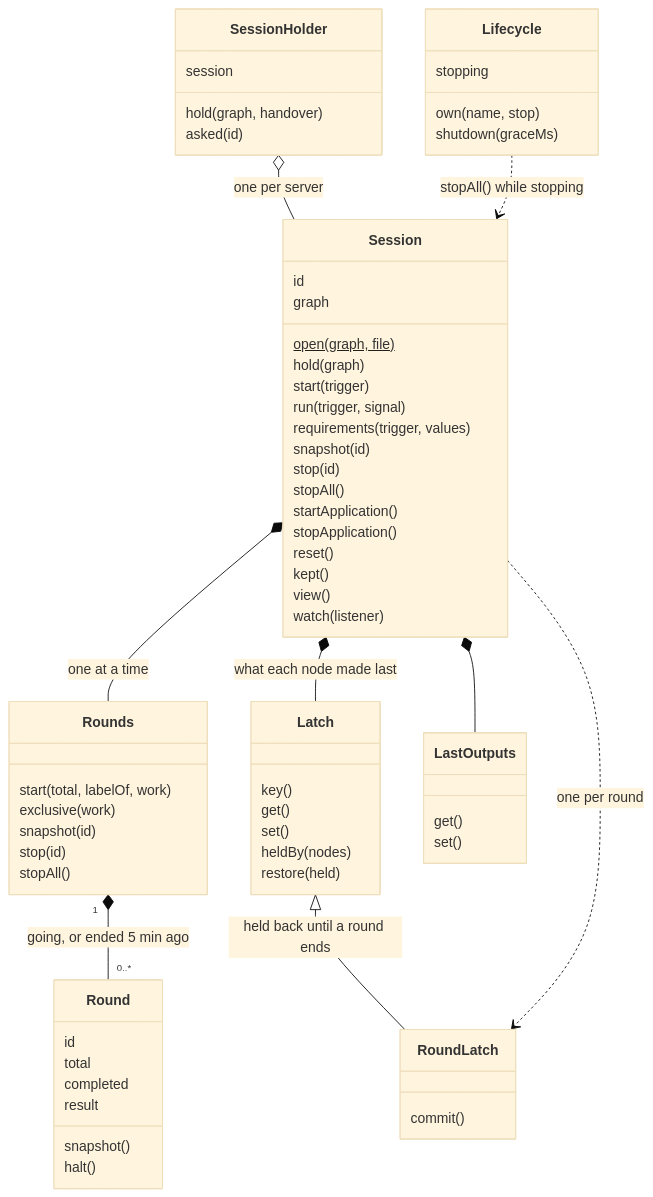
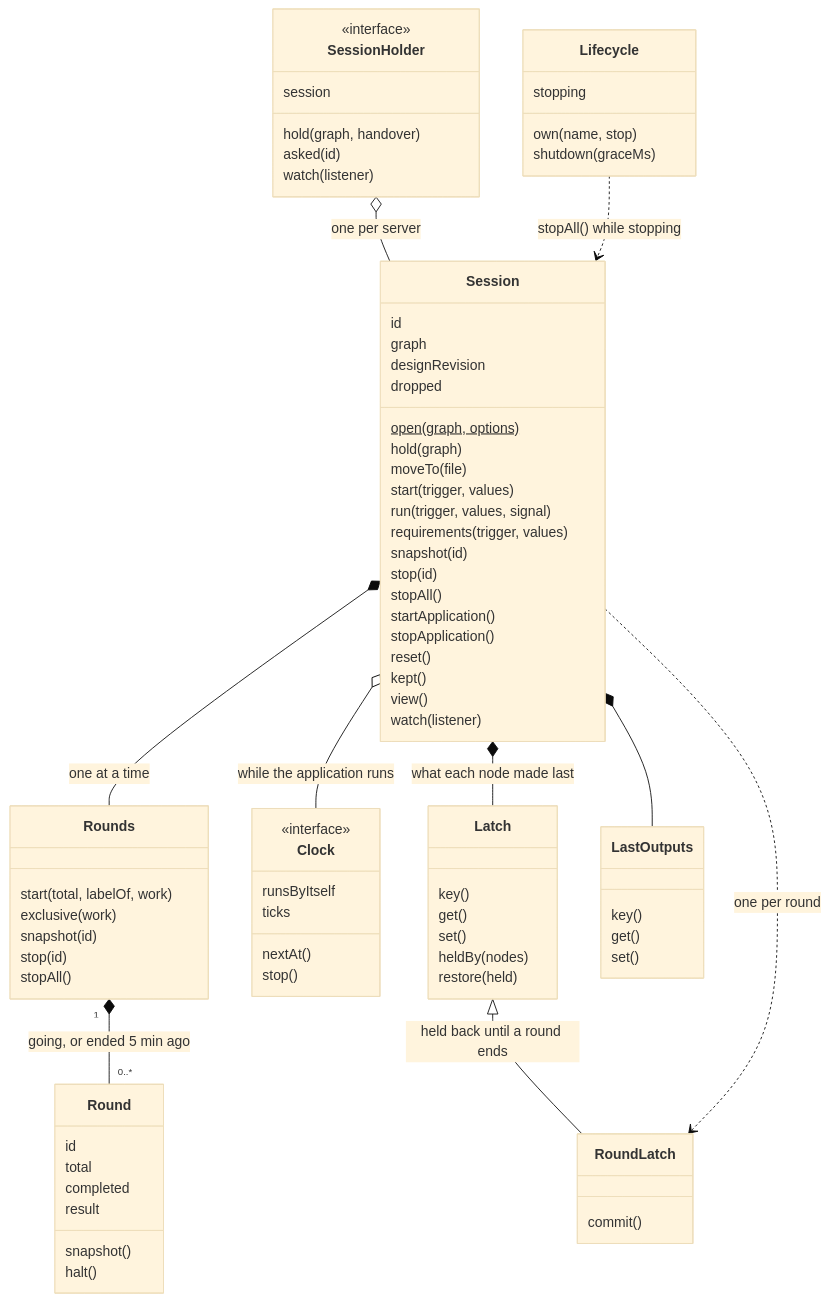
Before and after one commit to Archimedes79/AI_Graph: the sixth of 9 diagrams in arch/overview.md, drawn with Mermaid (base theme). The commit also changed other lines of this file and 16 other files, not shown here.

````diff
--- a/arch/overview.md
+++ b/arch/overview.md
@@ -331,68 +378,82 @@
 ```mermaid
 classDiagram
   class Lifecycle {
     own(name, stop)
     shutdown(graceMs)
     stopping
   }
   class SessionHolder {
+    <<interface>>
     session
     hold(graph, handover)
     asked(id)
+    watch(listener)
   }
   class Session {
     id
     graph
-    open(graph, file)$
+    designRevision
+    dropped
+    open(graph, options)$
     hold(graph)
-    start(trigger)
-    run(trigger, signal)
+    moveTo(file)
+    start(trigger, values)
+    run(trigger, values, signal)
     requirements(trigger, values)
     snapshot(id)
     stop(id)
     stopAll()
     startApplication()
     stopApplication()
     reset()
     kept()
     view()
     watch(listener)
   }
   class Rounds {
     start(total, labelOf, work)
     exclusive(work)
     snapshot(id)
     stop(id)
     stopAll()
   }
   class Round {
     id
     total
     completed
     result
     snapshot()
     halt()
   }
+  class Clock {
+    <<interface>>
+    runsByItself
+    ticks
+    nextAt()
+    stop()
+  }
   class Latch {
     key()
     get()
     set()
     heldBy(nodes)
     restore(held)
   }
   class RoundLatch {
     commit()
   }
   class LastOutputs {
+    key()
     get()
     set()
   }
   SessionHolder o-- Session : one per server
   Session *-- Rounds : one at a time
   Rounds "1" *-- "0..*" Round : going, or ended 5 min ago
   Session *-- Latch : what each node made last
   Session *-- LastOutputs
+  Session o-- Clock : while the application runs
   Latch <|-- RoundLatch : held back until a round ends
   Session ..> RoundLatch : one per round
   Lifecycle ..> Session : stopAll() while stopping
 ```
````
